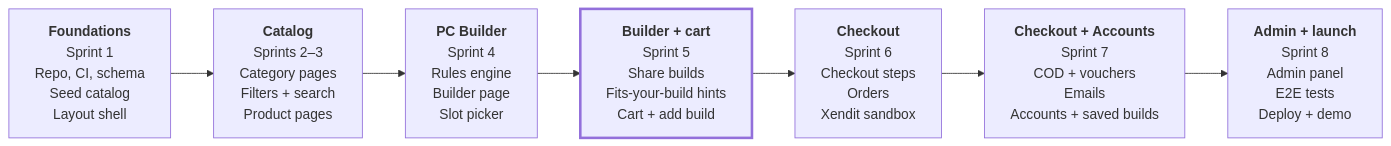
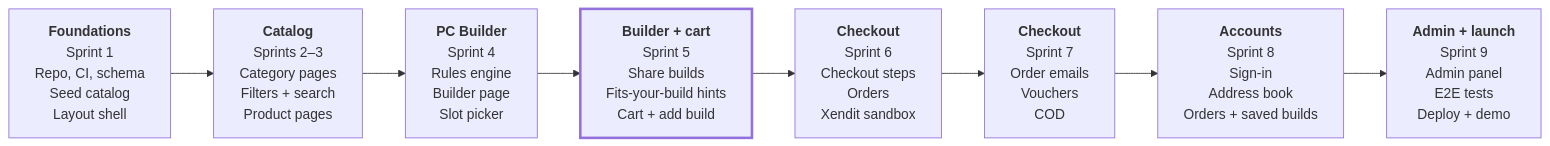
One commit to romulojr-dev/pc-ecommerce changed the second of 2 diagrams in docs/prd.md. Above: the diagram before and after it, drawn with Mermaid. The commit also changed other lines of this file and 2 other files, not shown here.

Commit message:
docs: plan Sprint 7 checkout in the PRD and add domain setup

````diff
--- a/docs/prd.md
+++ b/docs/prd.md
@@ -366,14 +367,15 @@
 ```mermaid
 flowchart LR
     S1["<b>Foundations</b><br/>Sprint 1<br/>Repo, CI, schema<br/>Seed catalog<br/>Layout shell"]
     S2["<b>Catalog</b><br/>Sprints 2–3<br/>Category pages<br/>Filters + search<br/>Product pages"]
     S4["<b>PC Builder</b><br/>Sprint 4<br/>Rules engine<br/>Builder page<br/>Slot picker"]
     S5["<b>Builder + cart</b><br/>Sprint 5<br/>Share builds<br/>Fits-your-build hints<br/>Cart + add build"]
     S6["<b>Checkout</b><br/>Sprint 6<br/>Checkout steps<br/>Orders<br/>Xendit sandbox"]
-    S7["<b>Checkout + Accounts</b><br/>Sprint 7<br/>COD + vouchers<br/>Emails<br/>Accounts + saved builds"]
-    S8["<b>Admin + launch</b><br/>Sprint 8<br/>Admin panel<br/>E2E tests<br/>Deploy + demo"]
+    S7["<b>Checkout</b><br/>Sprint 7<br/>Order emails<br/>Vouchers<br/>COD"]
+    S8["<b>Accounts</b><br/>Sprint 8<br/>Sign-in<br/>Address book<br/>Orders + saved builds"]
+    S9["<b>Admin + launch</b><br/>Sprint 9<br/>Admin panel<br/>E2E tests<br/>Deploy + demo"]
 
-    S1 --> S2 --> S4 --> S5 --> S6 --> S7 --> S8
+    S1 --> S2 --> S4 --> S5 --> S6 --> S7 --> S8 --> S9
 
     style S5 stroke-width:3px
 ```
````
